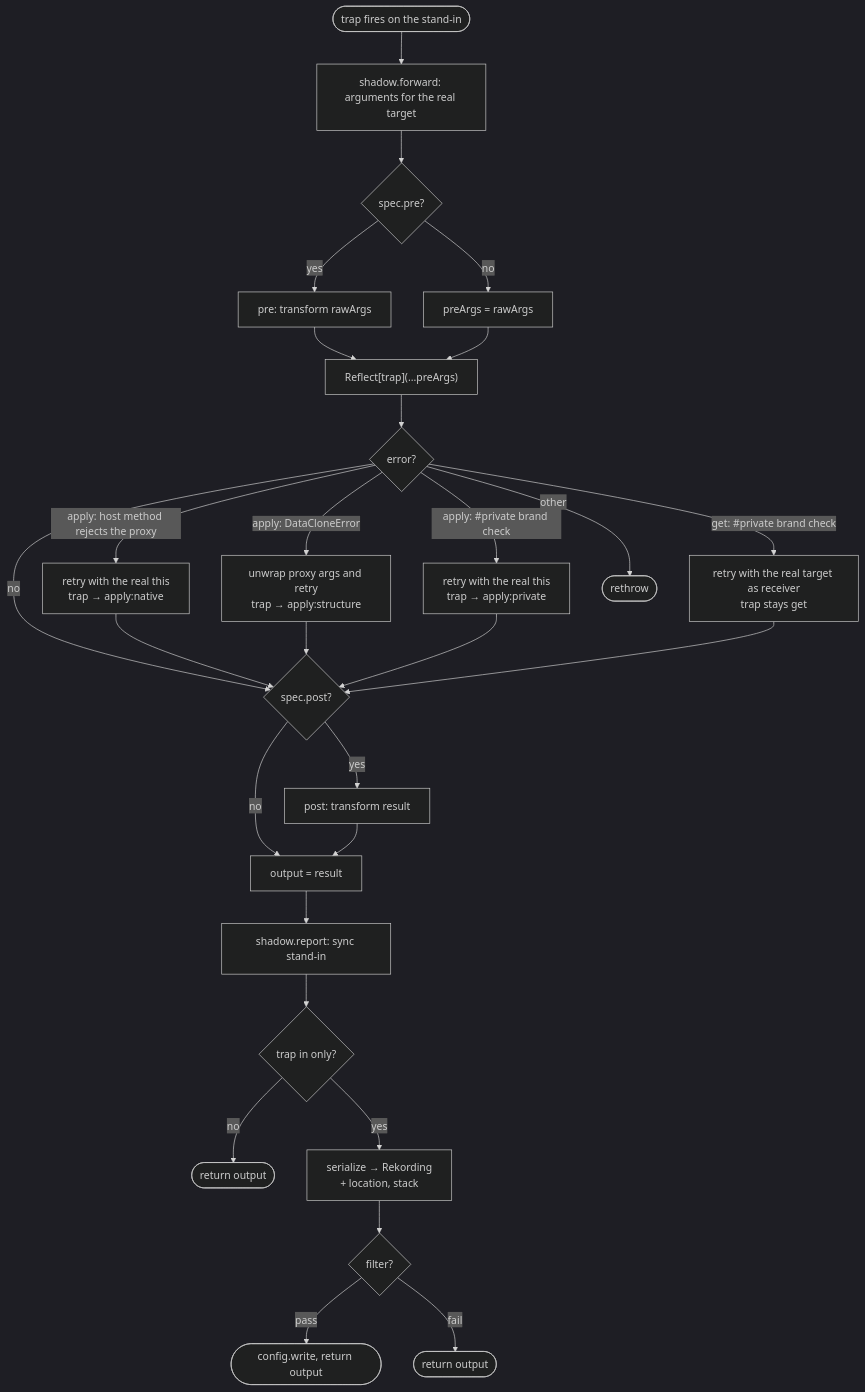
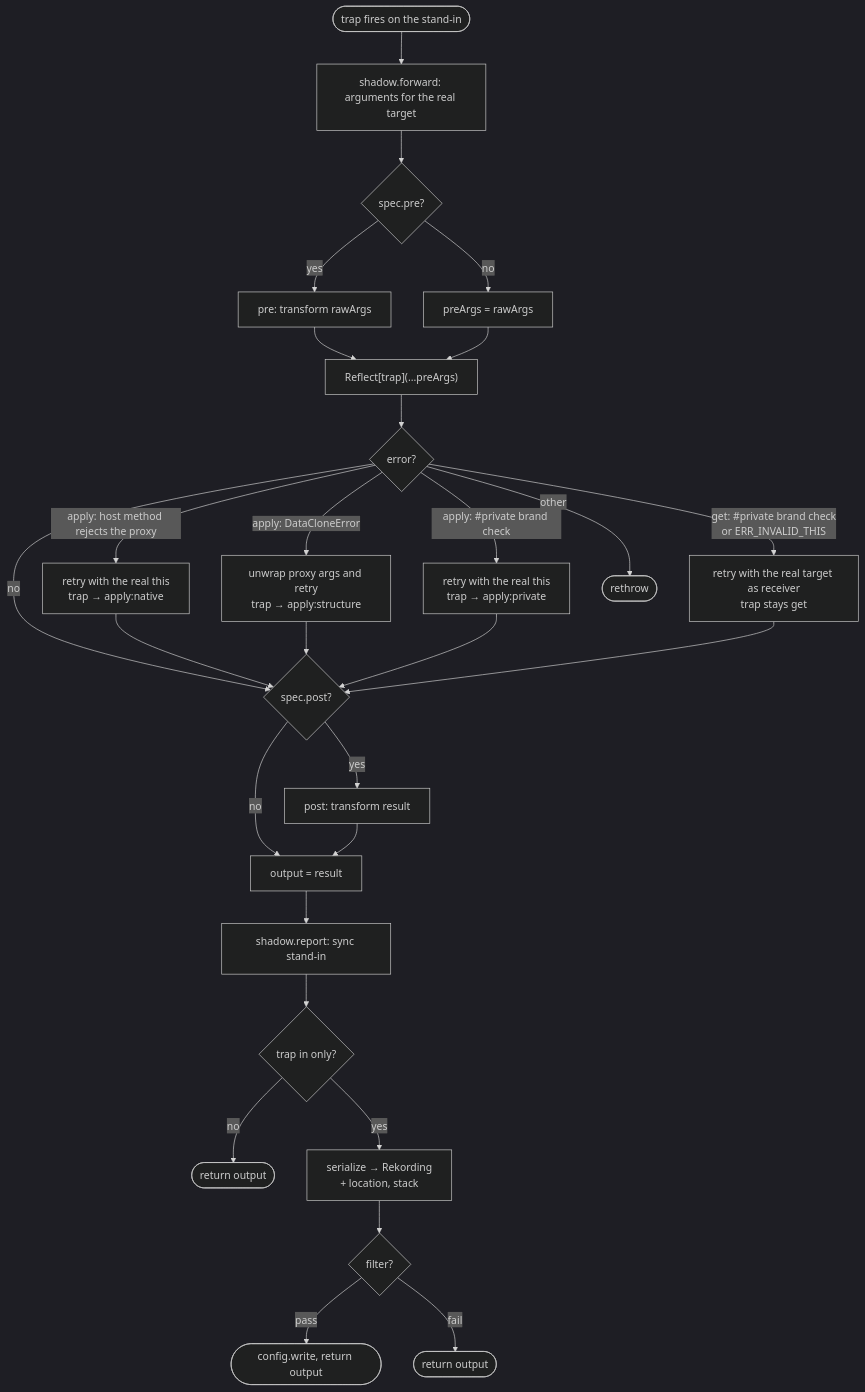
Before and after one commit to rspieker/flugrekorder: the second of 3 diagrams in DESIGN.md, drawn with Mermaid (dark theme). The commit also changed other lines of this file and 3 other files, not shown here.

````diff
--- a/DESIGN.md
+++ b/DESIGN.md
@@ -95,33 +95,33 @@
 ```mermaid
 flowchart TD
     A([trap fires on the stand-in]) --> A2["shadow.forward: arguments for the real target"]
     A2 --> B{spec.pre?}
     B -- yes --> C[pre: transform rawArgs]
     B -- no --> D[preArgs = rawArgs]
     C --> E
     D --> E
 
     E["Reflect[trap](...preArgs)"] --> F{error?}
     F -- no --> G{spec.post?}
     F -- "apply: host method rejects the proxy" --> H["retry with the real this<br/>trap → apply:native"]
     F -- "apply: DataCloneError" --> I["unwrap proxy args and retry<br/>trap → apply:structure"]
     F -- "apply: #private brand check" --> H2["retry with the real this<br/>trap → apply:private"]
-    F -- "get: #private brand check" --> I2["retry with the real target as receiver<br/>trap stays get"]
+    F -- "get: #private brand check<br/>or ERR_INVALID_THIS" --> I2["retry with the real target as receiver<br/>trap stays get"]
     F -- other --> J([rethrow])
     H --> G
     I --> G
     H2 --> G
     I2 --> G
 
     G -- yes --> K[post: transform result]
     G -- no --> L[output = result]
     K --> L
 
     L --> S["shadow.report: sync stand-in"]
     S --> R{"trap in only?"}
     R -- no --> Q([return output])
     R -- yes --> M["serialize → Rekording<br/>+ location, stack"]
     M --> N{filter?}
     N -- pass --> O([config.write, return output])
     N -- fail --> P([return output])
 ```
````
